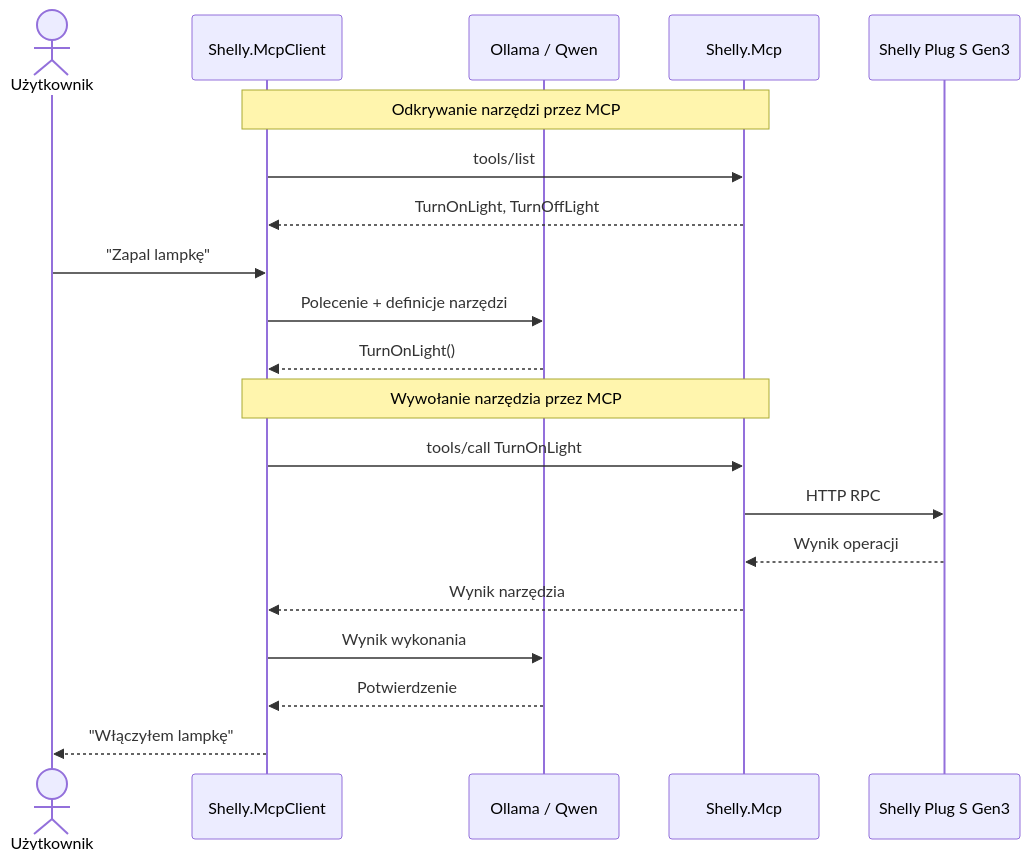
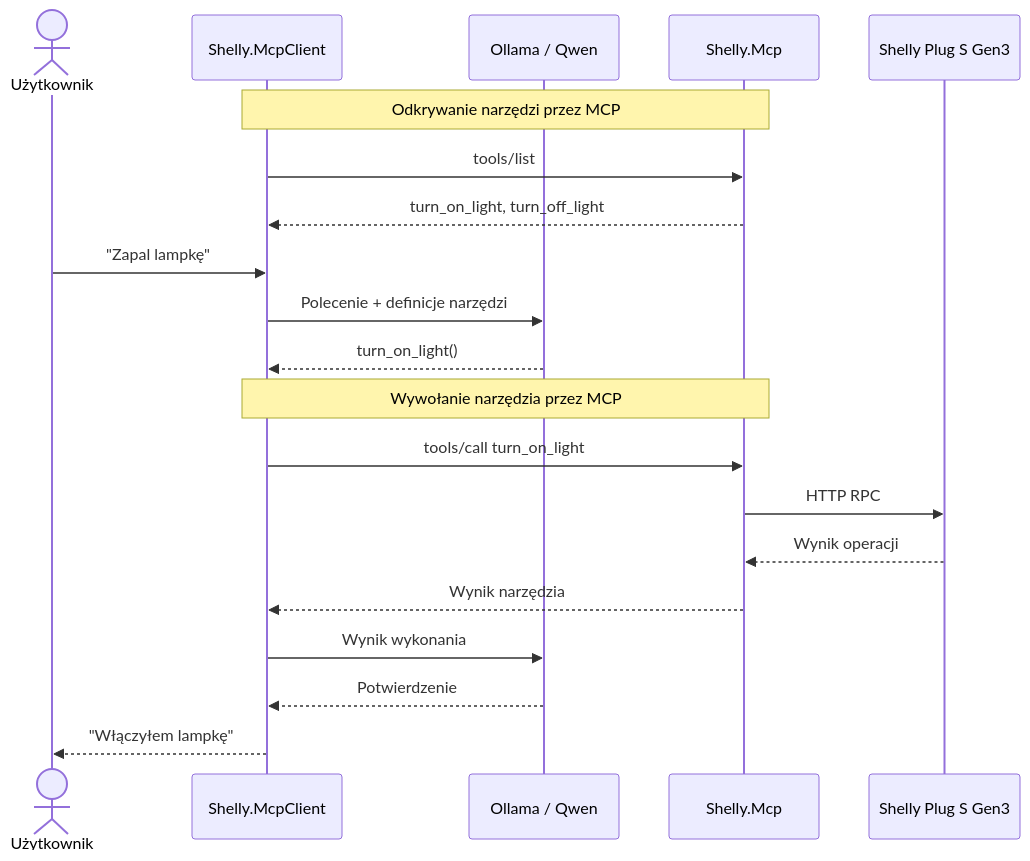
One commit to sulmar/shelly changed the diagram in 04-Shelly.McpClient/README.md. Above: the diagram before and after it, drawn with Mermaid. The commit also changed other lines of this file and 3 other files, not shown here.

````diff
--- a/04-Shelly.McpClient/README.md
+++ b/04-Shelly.McpClient/README.md
@@ -111,26 +111,26 @@
 ```mermaid
 sequenceDiagram
     actor User as Użytkownik
     participant App as Shelly.McpClient
     participant LLM as Ollama / Qwen
     participant MCP as Shelly.Mcp
     participant Device as Shelly Plug S Gen3
 
     Note over App,MCP: Odkrywanie narzędzi przez MCP
     App->>MCP: tools/list
-    MCP-->>App: TurnOnLight, TurnOffLight
+    MCP-->>App: turn_on_light, turn_off_light
 
     User->>App: "Zapal lampkę"
     App->>LLM: Polecenie + definicje narzędzi
-    LLM-->>App: TurnOnLight()
+    LLM-->>App: turn_on_light()
 
     Note over App,MCP: Wywołanie narzędzia przez MCP
-    App->>MCP: tools/call TurnOnLight
+    App->>MCP: tools/call turn_on_light
     MCP->>Device: HTTP RPC
     Device-->>MCP: Wynik operacji
     MCP-->>App: Wynik narzędzia
 
     App->>LLM: Wynik wykonania
     LLM-->>App: Potwierdzenie
     App-->>User: "Włączyłem lampkę"
 ```
````
